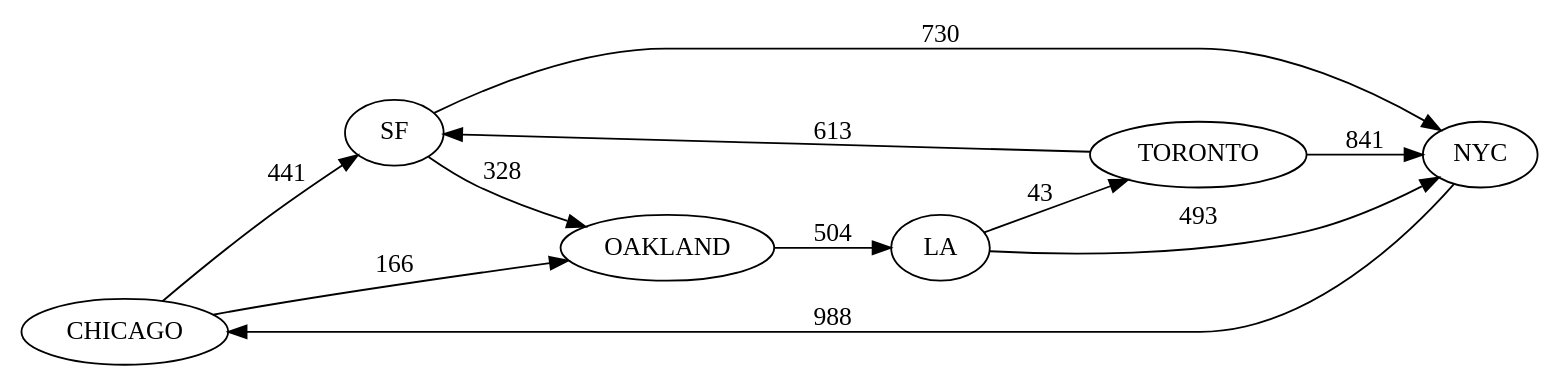
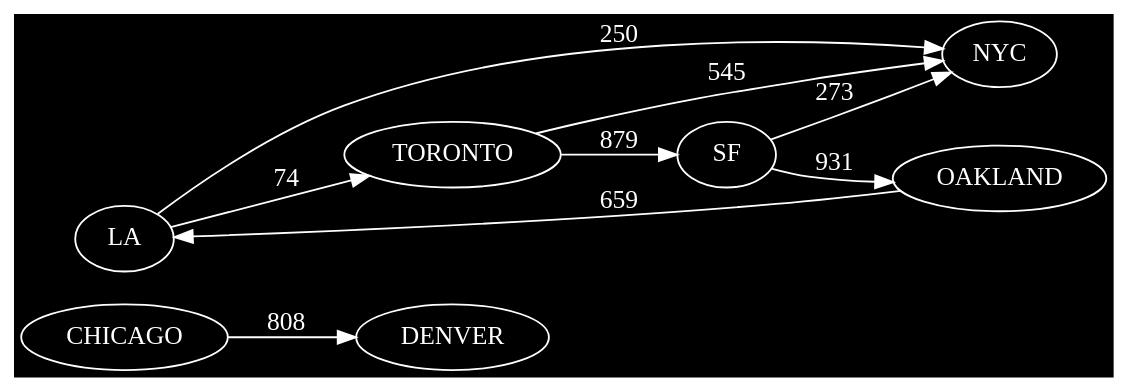
One commit to isco355/cis_25 changed the diagram in final_project/dots/random.dot. Above: the diagram before and after it, drawn with Graphviz. The commit also changed 27 other files, not shown here.

```diff
--- a/final_project/dots/random.dot
+++ b/final_project/dots/random.dot
@@ -1,13 +1,12 @@
 digraph {
 rankdir=LR ;
-CHICAGO -> SF [label="441",weight="441"];
-CHICAGO -> OAKLAND [label="166",weight="166"];
-LA -> NYC [label="493",weight="493"];
-LA -> TORONTO [label="43",weight="43"];
-NYC -> CHICAGO [label="988",weight="988"];
-OAKLAND -> LA [label="504",weight="504"];
-SF -> OAKLAND [label="328",weight="328"];
-SF -> NYC [label="730",weight="730"];
-TORONTO -> NYC [label="841",weight="841"];
-TORONTO -> SF [label="613",weight="613"];
+bgcolor="black";node [fontcolor="white",color="white"];
+edge[color="white", fontcolor ="white"];CHICAGO -> DENVER [label="808",weight="808"];
+LA -> NYC [label="250",weight="250"];
+LA -> TORONTO [label="74",weight="74"];
+OAKLAND -> LA [label="659",weight="659"];
+SF -> OAKLAND [label="931",weight="931"];
+SF -> NYC [label="273",weight="273"];
+TORONTO -> NYC [label="545",weight="545"];
+TORONTO -> SF [label="879",weight="879"];
 }
```
